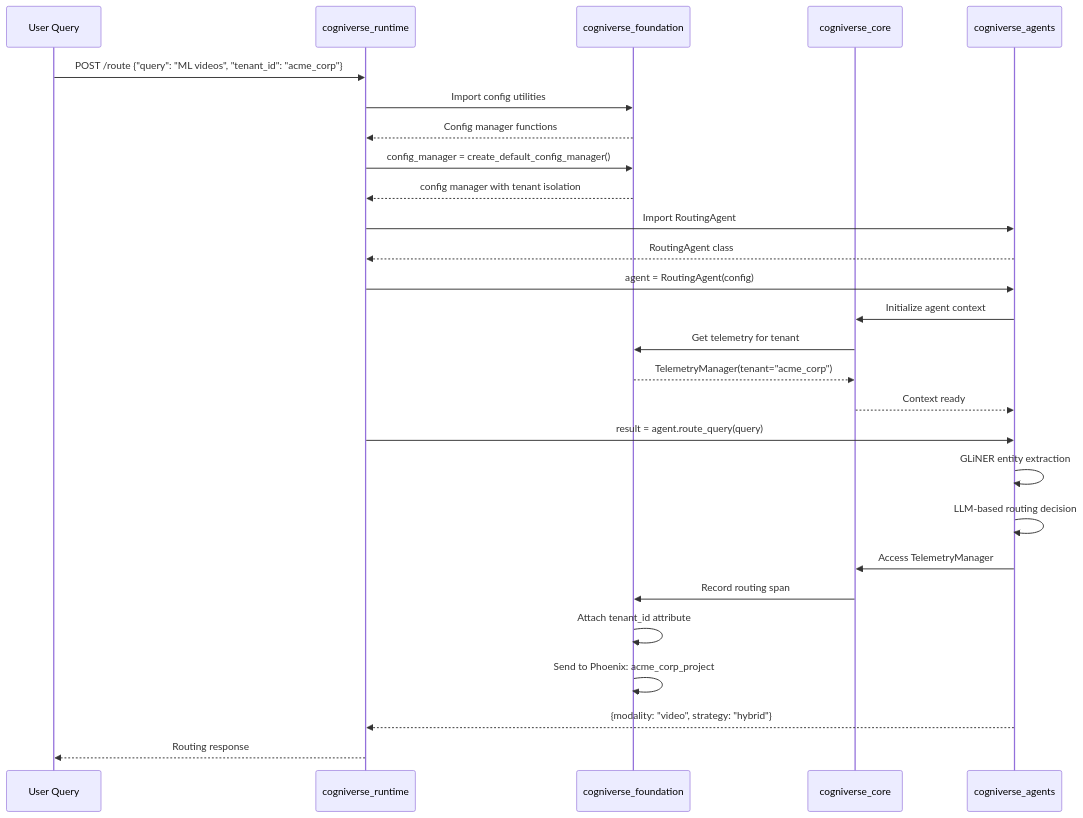
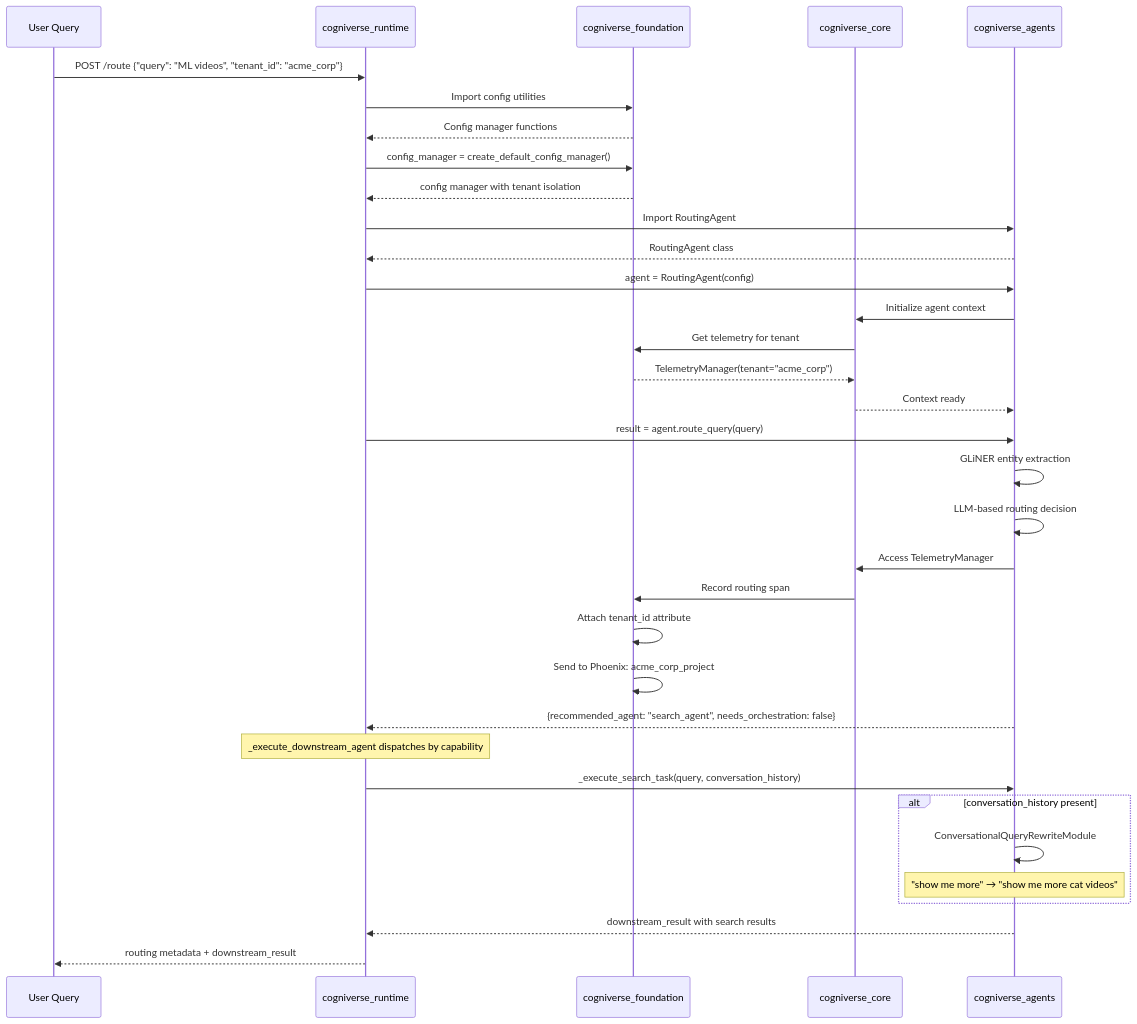
The ninth of 17 diagrams in docs/diagrams/sdk-architecture-diagrams.md (amit-jain/cogniverse), drawn with Mermaid before and after one commit. The commit also changed 5 other files, not shown here.

Commit message:
Document routing execution paths and multi-turn conversation support

````diff
--- a/docs/diagrams/sdk-architecture-diagrams.md
+++ b/docs/diagrams/sdk-architecture-diagrams.md
@@ -438,37 +438,47 @@
 ```mermaid
 sequenceDiagram
     participant User as User Query
     participant Runtime as cogniverse_runtime
     participant Foundation as cogniverse_foundation
     participant Core as cogniverse_core
     participant Agents as cogniverse_agents
 
     User->>Runtime: POST /route {"query": "ML videos", "tenant_id": "acme_corp"}
 
     Runtime->>Foundation: Import config utilities
     Foundation-->>Runtime: Config manager functions
 
     Runtime->>Foundation: config_manager = create_default_config_manager()
     Foundation-->>Runtime: config manager with tenant isolation
 
     Runtime->>Agents: Import RoutingAgent
     Agents-->>Runtime: RoutingAgent class
 
     Runtime->>Agents: agent = RoutingAgent(config)
     Agents->>Core: Initialize agent context
     Core->>Foundation: Get telemetry for tenant
     Foundation-->>Core: TelemetryManager(tenant="acme_corp")
     Core-->>Agents: Context ready
 
     Runtime->>Agents: result = agent.route_query(query)
     Agents->>Agents: GLiNER entity extraction
     Agents->>Agents: LLM-based routing decision
 
     Agents->>Core: Access TelemetryManager
     Core->>Foundation: Record routing span
     Foundation->>Foundation: Attach tenant_id attribute
     Foundation->>Foundation: Send to Phoenix: acme_corp_project
 
-    Agents-->>Runtime: {modality: "video", strategy: "hybrid"}
-    Runtime-->>User: Routing response
+    Agents-->>Runtime: {recommended_agent: "search_agent", needs_orchestration: false}
+
+    Note over Runtime: _execute_downstream_agent dispatches by capability
+    Runtime->>Agents: _execute_search_task(query, conversation_history)
+
+    alt conversation_history present
+        Agents->>Agents: ConversationalQueryRewriteModule
+        Note over Agents: "show me more" → "show me more cat videos"
+    end
+
+    Agents-->>Runtime: downstream_result with search results
+    Runtime-->>User: routing metadata + downstream_result
 ```
````
